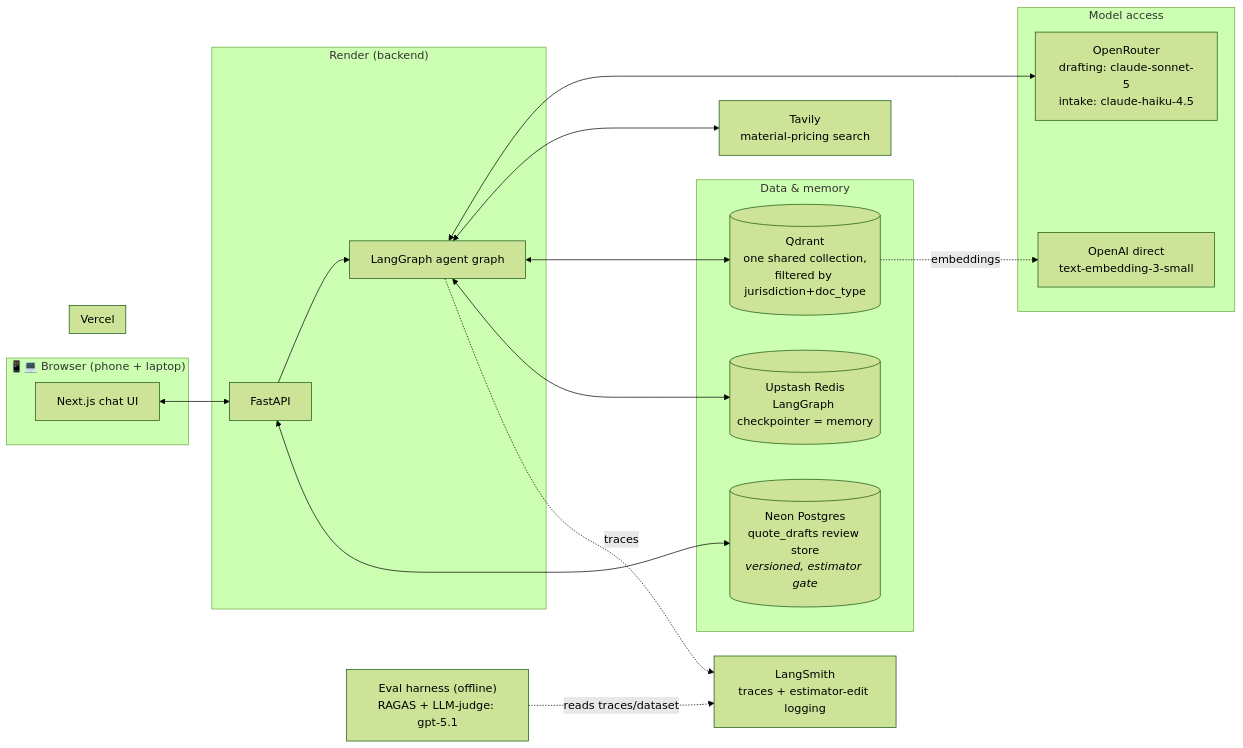
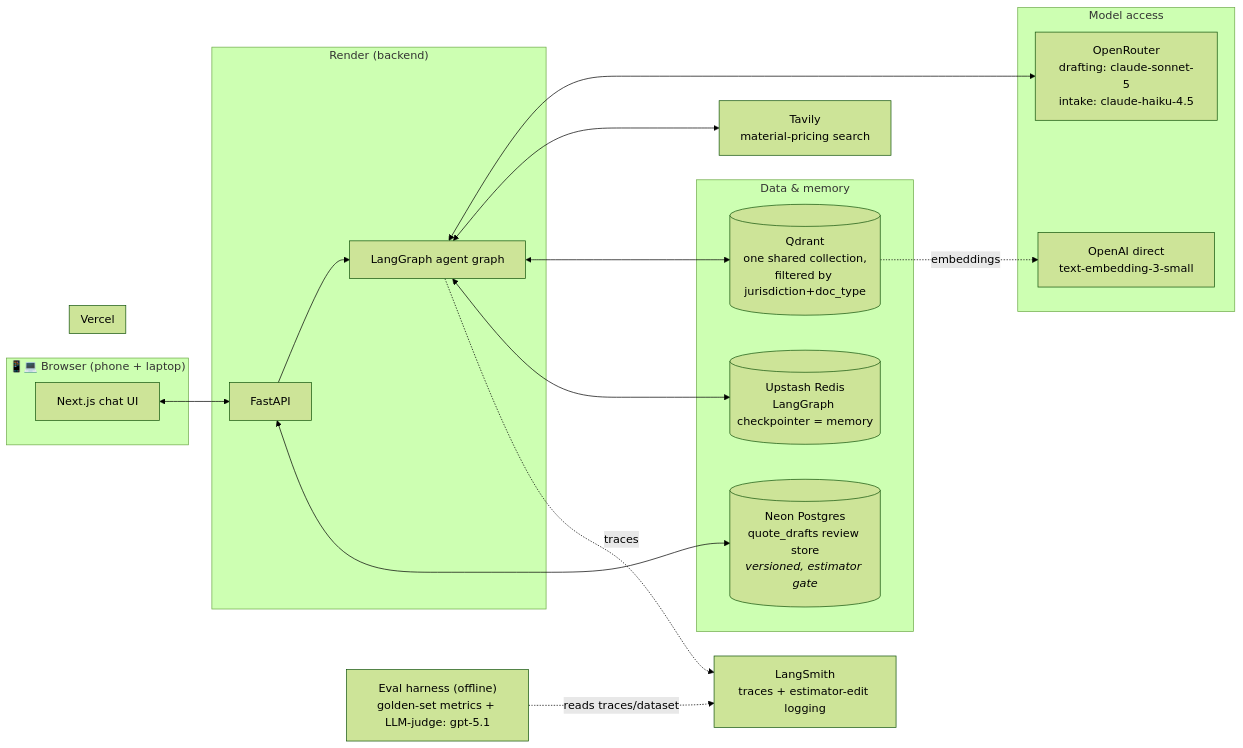
Before and after one commit to majeedmo/quotemason-backend: the second of 4 diagrams in docs/submission.md, drawn with Mermaid (forest theme). The commit also changed other lines of this file, not shown here.

Commit message:
Task 5 - replaced Ragas references - deferred till capstone

````diff
--- a/docs/submission.md
+++ b/docs/submission.md
@@ -73,36 +73,36 @@
 ```mermaid
 flowchart LR
     subgraph Client["📱💻 Browser (phone + laptop)"]
         UI[Next.js chat UI]
     end
     subgraph Vercel
         UI
     end
     subgraph Render["Render (backend)"]
         API[FastAPI]
         LG[LangGraph agent graph]
         API --> LG
     end
     subgraph Gateways["Model access"]
         OR["OpenRouter<br/>drafting: claude-sonnet-5<br/>intake: claude-haiku-4.5"]
         EMB["OpenAI direct<br/>text-embedding-3-small"]
     end
     subgraph Data["Data & memory"]
         QD[("Qdrant<br/>one shared collection,<br/>filtered by jurisdiction+doc_type")]
         PG[("Neon Postgres<br/>quote_drafts review store<br/><i>versioned, estimator gate</i>")]
         RD[("Upstash Redis<br/>LangGraph checkpointer = memory")]
     end
     TAV["Tavily<br/>material-pricing search"]
     LS["LangSmith<br/>traces + estimator-edit logging"]
-    EV["Eval harness (offline)<br/>RAGAS + LLM-judge: gpt-5.1"]
+    EV["Eval harness (offline)<br/>golden-set metrics + LLM-judge: gpt-5.1"]
 
     UI <--> API
     API <--> PG
     LG <--> OR
     LG <--> TAV
     LG <--> QD
     LG <--> RD
     QD -.embeddings.-> EMB
     LG -.traces.-> LS
     EV -.reads traces/dataset.-> LS
 ```
````
